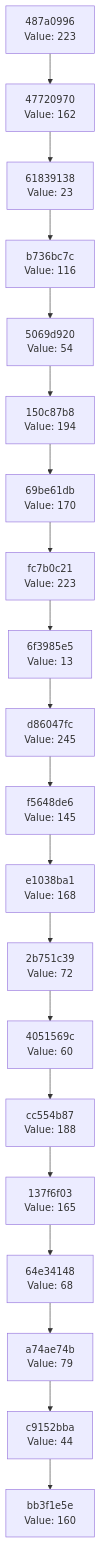
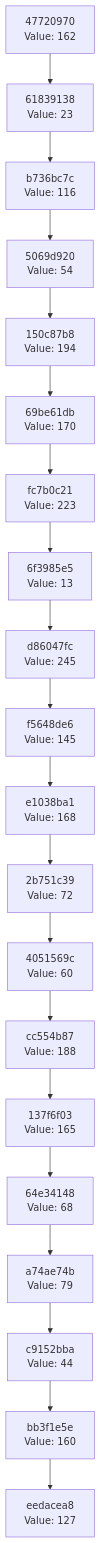
One commit to Abhisheksinha1506/hash-chain-evolver changed the diagram in docs/CHAIN_VISUALIZATION.md. Above: the diagram before and after it, drawn with Mermaid. The commit also changed 2 other files, not shown here.

Commit message:
Evolution step: hash 0x7F → action executed

````diff
--- a/docs/CHAIN_VISUALIZATION.md
+++ b/docs/CHAIN_VISUALIZATION.md
@@ -3,42 +3,42 @@
 ```mermaid
 graph TD
-    C0["bb3f1e5e<br/>Value: 160"]
-    C1["c9152bba<br/>Value: 44"]
+    C0["eedacea8<br/>Value: 127"]
+    C1["bb3f1e5e<br/>Value: 160"]
     C1 --> C0
-    C2["a74ae74b<br/>Value: 79"]
+    C2["c9152bba<br/>Value: 44"]
     C2 --> C1
-    C3["64e34148<br/>Value: 68"]
+    C3["a74ae74b<br/>Value: 79"]
     C3 --> C2
-    C4["137f6f03<br/>Value: 165"]
+    C4["64e34148<br/>Value: 68"]
     C4 --> C3
-    C5["cc554b87<br/>Value: 188"]
+    C5["137f6f03<br/>Value: 165"]
     C5 --> C4
-    C6["4051569c<br/>Value: 60"]
+    C6["cc554b87<br/>Value: 188"]
     C6 --> C5
-    C7["2b751c39<br/>Value: 72"]
+    C7["4051569c<br/>Value: 60"]
     C7 --> C6
-    C8["e1038ba1<br/>Value: 168"]
+    C8["2b751c39<br/>Value: 72"]
     C8 --> C7
-    C9["f5648de6<br/>Value: 145"]
+    C9["e1038ba1<br/>Value: 168"]
     C9 --> C8
-    C10["d86047fc<br/>Value: 245"]
+    C10["f5648de6<br/>Value: 145"]
     C10 --> C9
-    C11["6f3985e5<br/>Value: 13"]
+    C11["d86047fc<br/>Value: 245"]
     C11 --> C10
-    C12["fc7b0c21<br/>Value: 223"]
+    C12["6f3985e5<br/>Value: 13"]
     C12 --> C11
-    C13["69be61db<br/>Value: 170"]
+    C13["fc7b0c21<br/>Value: 223"]
     C13 --> C12
-    C14["150c87b8<br/>Value: 194"]
+    C14["69be61db<br/>Value: 170"]
     C14 --> C13
-    C15["5069d920<br/>Value: 54"]
+    C15["150c87b8<br/>Value: 194"]
     C15 --> C14
-    C16["b736bc7c<br/>Value: 116"]
+    C16["5069d920<br/>Value: 54"]
     C16 --> C15
-    C17["61839138<br/>Value: 23"]
+    C17["b736bc7c<br/>Value: 116"]
     C17 --> C16
-    C18["47720970<br/>Value: 162"]
+    C18["61839138<br/>Value: 23"]
     C18 --> C17
-    C19["487a0996<br/>Value: 223"]
+    C19["47720970<br/>Value: 162"]
     C19 --> C18
 ```
````
